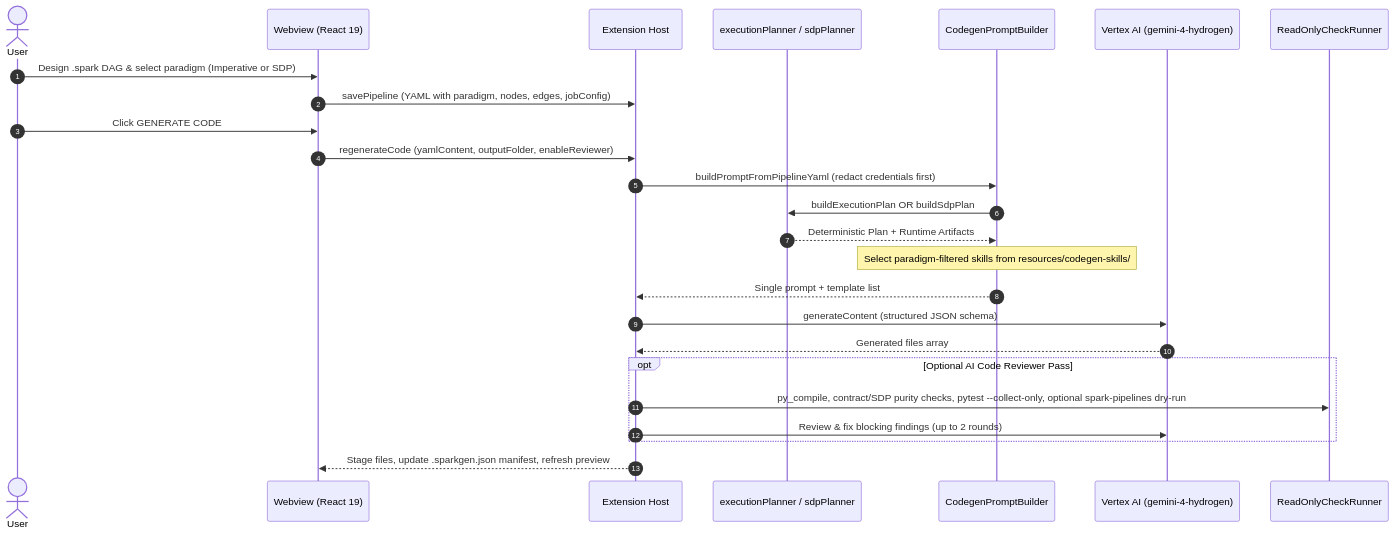
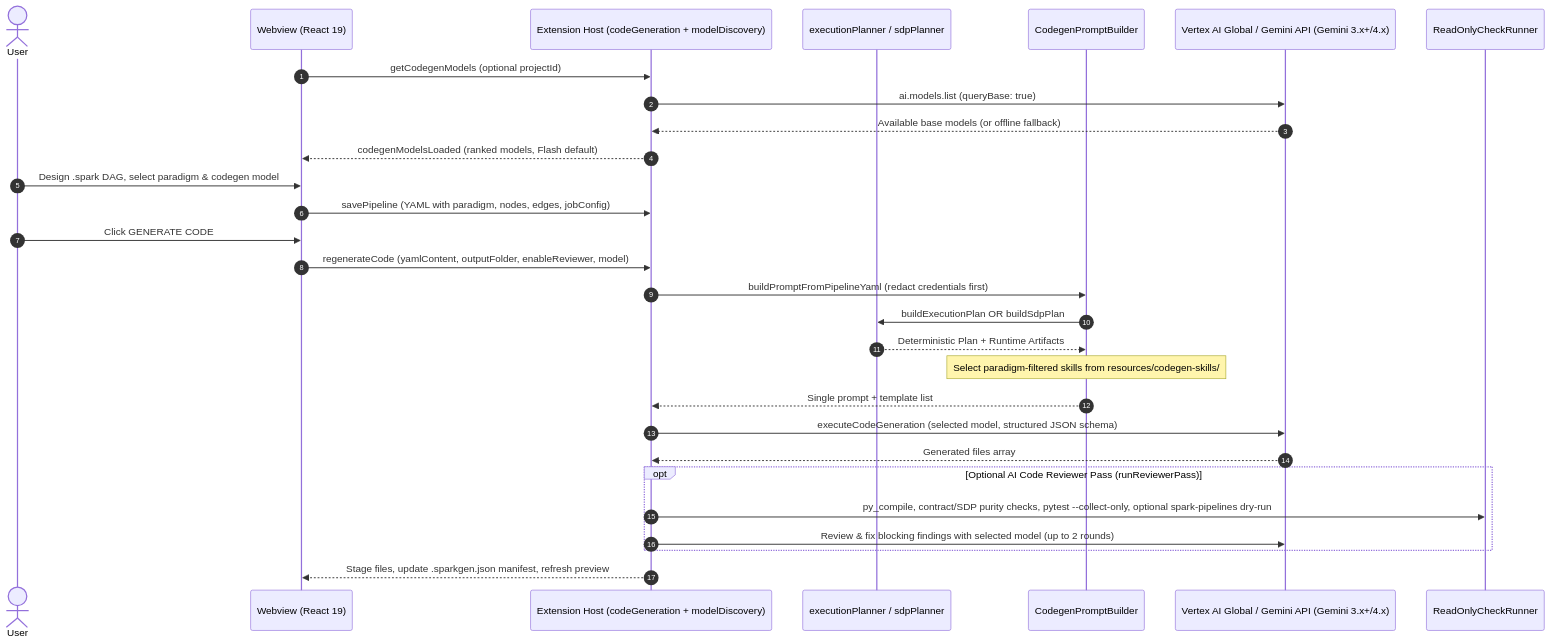
One commit to mnimer/spark-designer-fork changed the second of 2 diagrams in ARCHITECTURE.md. Above: the diagram before and after it, drawn with Mermaid. The commit also changed other lines of this file and 32 other files, not shown here.

First line of the commit message:
feat(phase-14): Dynamic Codegen Model Discovery (MOD1) (#13)

````diff
--- a/ARCHITECTURE.md
+++ b/ARCHITECTURE.md
@@ -155,28 +155,32 @@
 ```mermaid
 sequenceDiagram
     autonumber
     actor User
     participant Webview as Webview (React 19)
-    participant Host as Extension Host
+    participant Host as Extension Host (codeGeneration + modelDiscovery)
     participant Planner as executionPlanner / sdpPlanner
     participant Builder as CodegenPromptBuilder
-    participant Gemini as Vertex AI (gemini-4-hydrogen)
+    participant Gemini as Vertex AI Global / Gemini API (Gemini 3.x+/4.x)
     participant Checks as ReadOnlyCheckRunner
 
-    User->>Webview: Design .spark DAG & select paradigm (Imperative or SDP)
+    Webview->>Host: getCodegenModels (optional projectId)
+    Host->>Gemini: ai.models.list (queryBase: true)
+    Gemini-->>Host: Available base models (or offline fallback)
+    Host-->>Webview: codegenModelsLoaded (ranked models, Flash default)
+    User->>Webview: Design .spark DAG, select paradigm & codegen model
     Webview->>Host: savePipeline (YAML with paradigm, nodes, edges, jobConfig)
     User->>Webview: Click GENERATE CODE
-    Webview->>Host: regenerateCode (yamlContent, outputFolder, enableReviewer)
+    Webview->>Host: regenerateCode (yamlContent, outputFolder, enableReviewer, model)
     Host->>Builder: buildPromptFromPipelineYaml (redact credentials first)
     Builder->>Planner: buildExecutionPlan OR buildSdpPlan
     Planner-->>Builder: Deterministic Plan + Runtime Artifacts
     Note over Builder: Select paradigm-filtered skills from resources/codegen-skills/
     Builder-->>Host: Single prompt + template list
-    Host->>Gemini: generateContent (structured JSON schema)
+    Host->>Gemini: executeCodeGeneration (selected model, structured JSON schema)
     Gemini-->>Host: Generated files array
-    opt Optional AI Code Reviewer Pass
+    opt Optional AI Code Reviewer Pass (runReviewerPass)
         Host->>Checks: py_compile, contract/SDP purity checks, pytest --collect-only, optional spark-pipelines dry-run
-        Host->>Gemini: Review & fix blocking findings (up to 2 rounds)
+        Host->>Gemini: Review & fix blocking findings with selected model (up to 2 rounds)
     end
     Host-->>Webview: Stage files, update .sparkgen.json manifest, refresh preview
 ```
````
